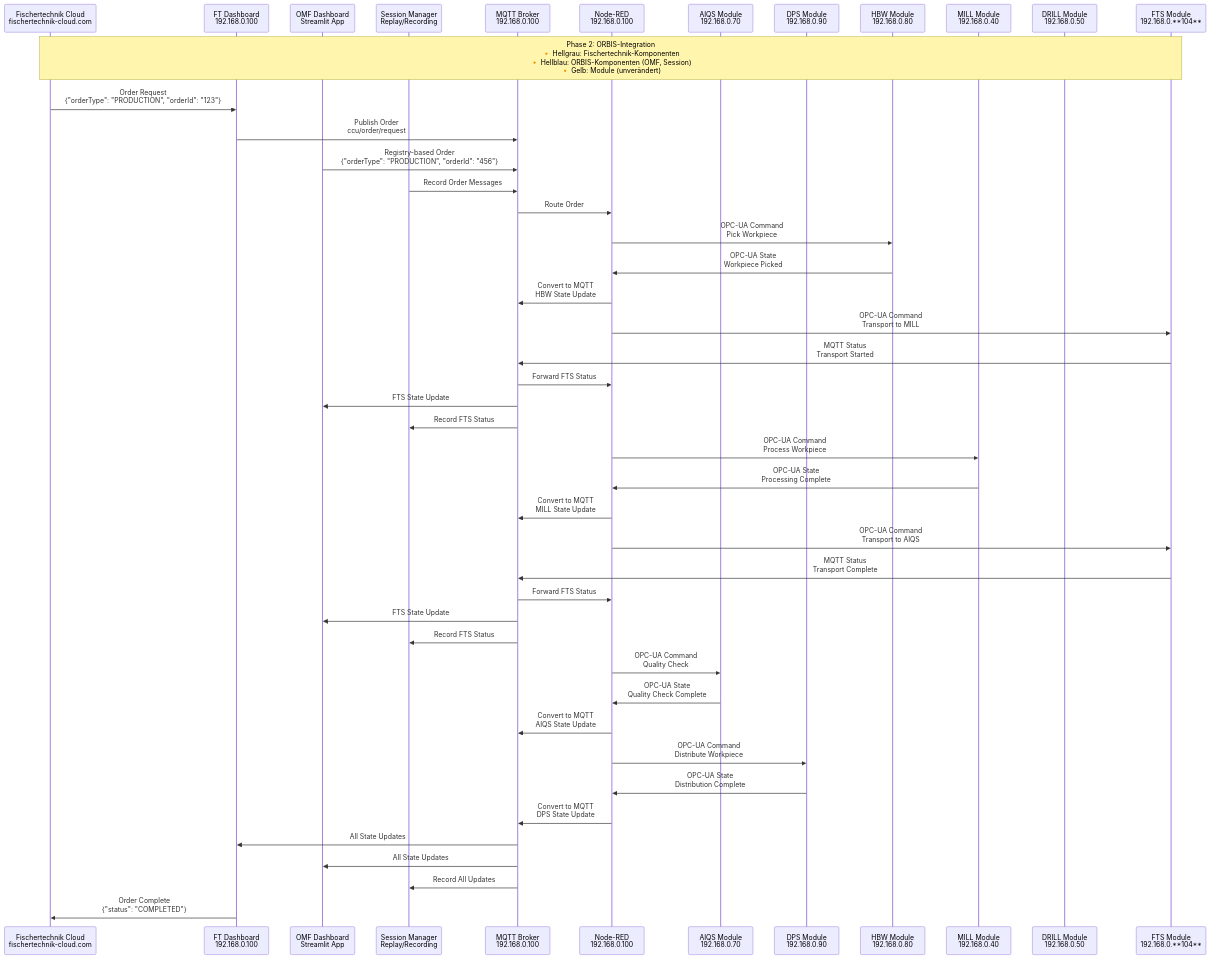
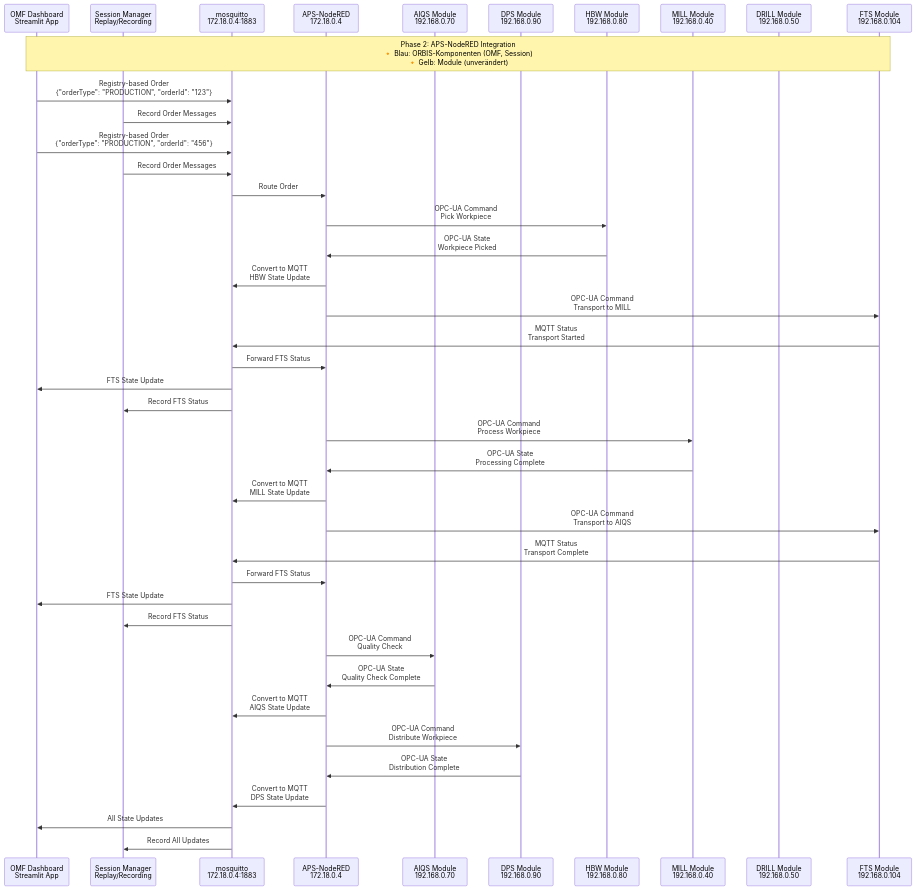
Before and after one commit to OliverBerger-ORBIS/ORBIS-Modellfabrik: the sixth of 6 diagrams in docs/02-architecture/message-flow.md, drawn with Mermaid. The commit also changed other lines of this file and 12 other files, not shown here.

````diff
--- a/docs/02-architecture/message-flow.md
+++ b/docs/02-architecture/message-flow.md
@@ -182,55 +176,51 @@
 ```mermaid
 sequenceDiagram
-    participant FTC as Fischertechnik Cloud<br/>fischertechnik-cloud.com
-    participant FT_DASH as FT Dashboard<br/>192.168.0.100
     participant OMF_DASH as OMF Dashboard<br/>Streamlit App
     participant SESSION as Session Manager<br/>Replay/Recording
-    participant MQTT as MQTT Broker<br/>192.168.0.100
-    participant NR as Node-RED<br/>192.168.0.100
+    participant MQTT as mosquitto<br/>172.18.0.4:1883
+    participant NR as APS-NodeRED<br/>172.18.0.4
     participant AIQS as AIQS Module<br/>192.168.0.70
     participant DPS as DPS Module<br/>192.168.0.90
     participant HBW as HBW Module<br/>192.168.0.80
     participant MILL as MILL Module<br/>192.168.0.40
     participant DRILL as DRILL Module<br/>192.168.0.50
-    participant FTS as FTS Module<br/>192.168.0.**104**
+    participant FTS as FTS Module<br/>192.168.0.104
     
-    Note over FTC,FTS: Phase 2: ORBIS-Integration<br/>🔸 Hellgrau: Fischertechnik-Komponenten<br/>🔸 Hellblau: ORBIS-Komponenten (OMF, Session)<br/>🔸 Gelb: Module (unverändert)
+    Note over OMF_DASH,FTS: Phase 2: APS-NodeRED Integration<br/>🔸 Blau: ORBIS-Komponenten (OMF, Session)<br/>🔸 Gelb: Module (unverändert)
     
-    FTC->>FT_DASH: Order Request<br/>{"orderType": "PRODUCTION", "orderId": "123"}
-    FT_DASH->>MQTT: Publish Order<br/>ccu/order/request
+    OMF_DASH->>MQTT: Registry-based Order<br/>{"orderType": "PRODUCTION", "orderId": "123"}
+    SESSION->>MQTT: Record Order Messages
     
     OMF_DASH->>MQTT: Registry-based Order<br/>{"orderType": "PRODUCTION", "orderId": "456"}
     SESSION->>MQTT: Record Order Messages
     
     MQTT->>NR: Route Order
     NR->>HBW: OPC-UA Command<br/>Pick Workpiece
     HBW->>NR: OPC-UA State<br/>Workpiece Picked
     NR->>MQTT: Convert to MQTT<br/>HBW State Update
     
     NR->>FTS: OPC-UA Command<br/>Transport to MILL
     FTS->>MQTT: MQTT Status<br/>Transport Started
     MQTT->>NR: Forward FTS Status
     MQTT->>OMF_DASH: FTS State Update
     MQTT->>SESSION: Record FTS Status
     NR->>MILL: OPC-UA Command<br/>Process Workpiece
     MILL->>NR: OPC-UA State<br/>Processing Complete
     NR->>MQTT: Convert to MQTT<br/>MILL State Update
     
     NR->>FTS: OPC-UA Command<br/>Transport to AIQS
     FTS->>MQTT: MQTT Status<br/>Transport Complete
     MQTT->>NR: Forward FTS Status
     MQTT->>OMF_DASH: FTS State Update
     MQTT->>SESSION: Record FTS Status
     NR->>AIQS: OPC-UA Command<br/>Quality Check
     AIQS->>NR: OPC-UA State<br/>Quality Check Complete
     NR->>MQTT: Convert to MQTT<br/>AIQS State Update
     
     NR->>DPS: OPC-UA Command<br/>Distribute Workpiece
     DPS->>NR: OPC-UA State<br/>Distribution Complete
     NR->>MQTT: Convert to MQTT<br/>DPS State Update
     
-    MQTT->>FT_DASH: All State Updates
     MQTT->>OMF_DASH: All State Updates
     MQTT->>SESSION: Record All Updates
-    FT_DASH->>FTC: Order Complete<br/>{"status": "COMPLETED"}
 ```
````
